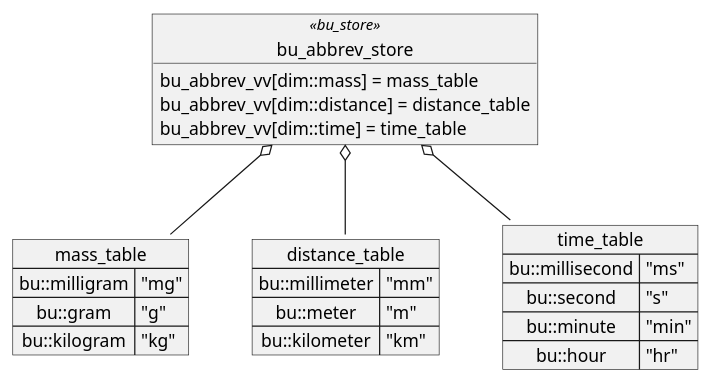
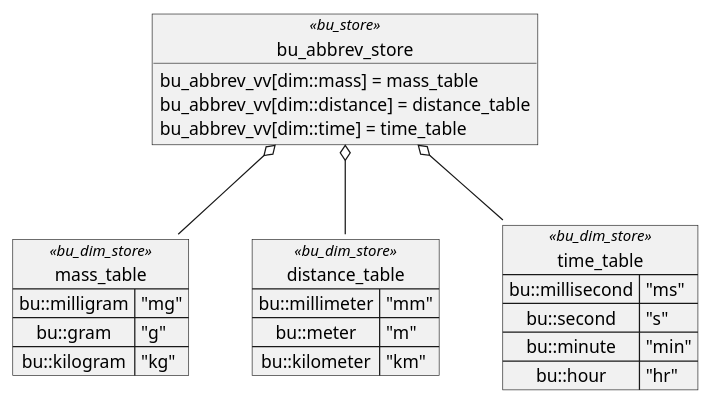
One commit to Rconybea/xo-umbrella2 changed the diagram in docs/bu-store-class.rst. Above: the diagram before and after it, drawn with PlantUML. The commit also changed other lines of this file and 12 other files, not shown here.

```diff
--- a/docs/bu-store-class.rst
+++ b/docs/bu-store-class.rst
@@ -19,32 +37,32 @@
 .. uml::
     :caption: basis-unit store
     :scale: 99%
     :align: center
 
-    map mass_table {
+    map mass_table<<bu_dim_store>> {
     bu::milligram => "mg"
     bu::gram => "g"
     bu::kilogram => "kg"
     }
 
-    map distance_table {
+    map distance_table<<bu_dim_store>> {
     bu::millimeter => "mm"
     bu::meter => "m"
     bu::kilometer => "km"
     }
 
-    map time_table {
+    map time_table<<bu_dim_store>> {
     bu::millisecond => "ms"
     bu::second => "s"
     bu::minute => "min"
     bu::hour => "hr"
     }
 
     object bu_abbrev_store<<bu_store>>
     bu_abbrev_store : bu_abbrev_vv[dim::mass] = mass_table
     bu_abbrev_store : bu_abbrev_vv[dim::distance] = distance_table
     bu_abbrev_store : bu_abbrev_vv[dim::time] = time_table
 
     bu_abbrev_store o-- mass_table
     bu_abbrev_store o-- distance_table
     bu_abbrev_store o-- time_table
```
